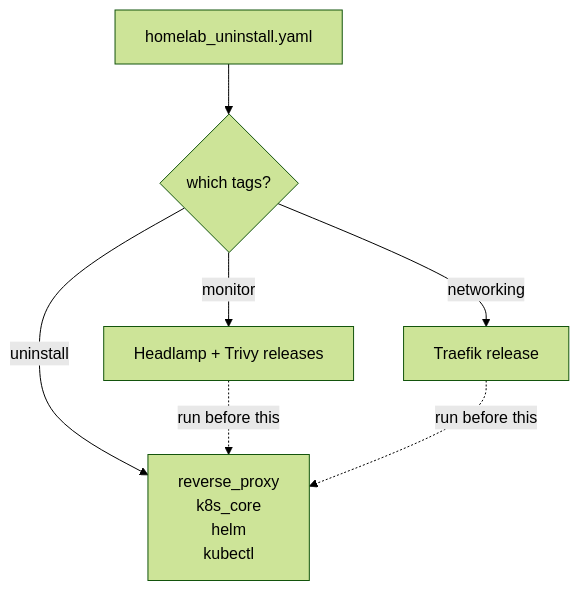
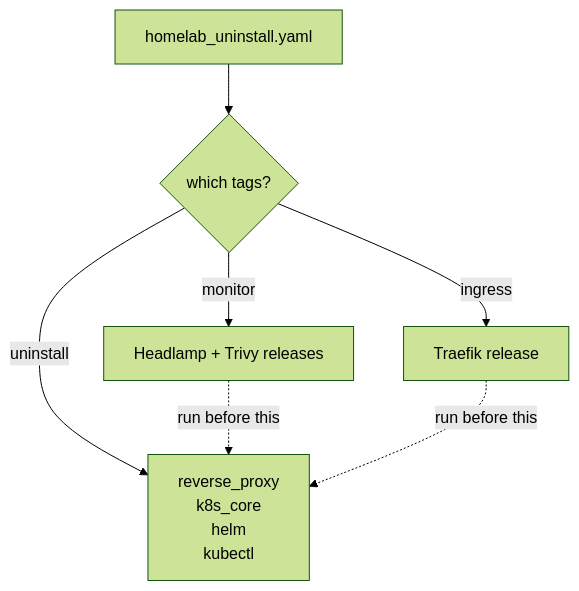
The second of 6 diagrams in docs/architecture.md (this-oliver/homelab), drawn with Mermaid (forest theme) before and after one commit. The commit also changed other lines of this file and 8 other files, not shown here.

Commit message:
docs: renames networking function to ingress

````diff
--- a/docs/architecture.md
+++ b/docs/architecture.md
@@ -70,9 +70,9 @@
 ```mermaid
 flowchart TD
     Run["homelab_uninstall.yaml"] --> Sel{which tags?}
     Sel -- "uninstall" --> D1[reverse_proxy<br/>k8s_core<br/>helm<br/>kubectl]
     Sel -- monitor --> D2[Headlamp + Trivy releases]
-    Sel -- networking --> D3[Traefik release]
+    Sel -- ingress --> D3[Traefik release]
     D2 -.->|run before this| D1
     D3 -.->|run before this| D1
 ```
````
